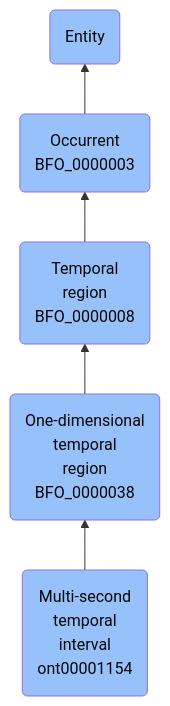
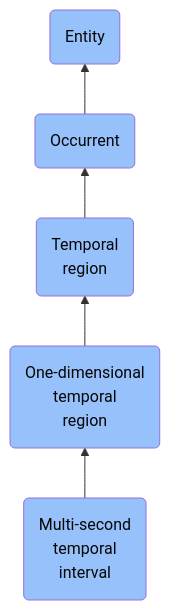
The diagram in docs/ontology/reference/model/Entity/Occurrent/Temporal region/One-dimensional temporal region/Multi-second temporal interval/Multi-second temporal interval.md (jupyter-naas/abi), drawn with Mermaid before and after one commit. The commit also changed other lines of this file and 1430 other files, not shown here.

````diff
--- a/docs/ontology/reference/model/Entity/Occurrent/Temporal region/One-dimensional temporal region/Multi-second temporal interval/Multi-second temporal interval.md
+++ b/docs/ontology/reference/model/Entity/Occurrent/Temporal region/One-dimensional temporal region/Multi-second temporal interval/Multi-second temporal interval.md
@@ -24,12 +24,12 @@
 ```mermaid
 graph BT
-    ont00001154(Multi-second<br>temporal<br>interval<br>ont00001154):::BFO-->BFO_0000038
-    BFO_0000038(One-dimensional<br>temporal<br>region<br>BFO_0000038):::BFO-->BFO_0000008
-    BFO_0000008(Temporal<br>region<br>BFO_0000008):::BFO-->BFO_0000003
-    BFO_0000003(Occurrent<br>BFO_0000003):::BFO-->BFO_0000001
+    ont00001154(Multi-second<br>temporal<br>interval):::BFO-->BFO_0000038
+    BFO_0000038(One-dimensional<br>temporal<br>region):::BFO-->BFO_0000008
+    BFO_0000008(Temporal<br>region):::BFO-->BFO_0000003
+    BFO_0000003(Occurrent):::BFO-->BFO_0000001
     BFO_0000001(Entity):::BFO
     
     classDef BFO fill:#97c1fb,color:#060606
     classDef CCO fill:#e4c51e,color:#060606
     classDef ABI fill:#48DD82,color:#060606
 ```
````
